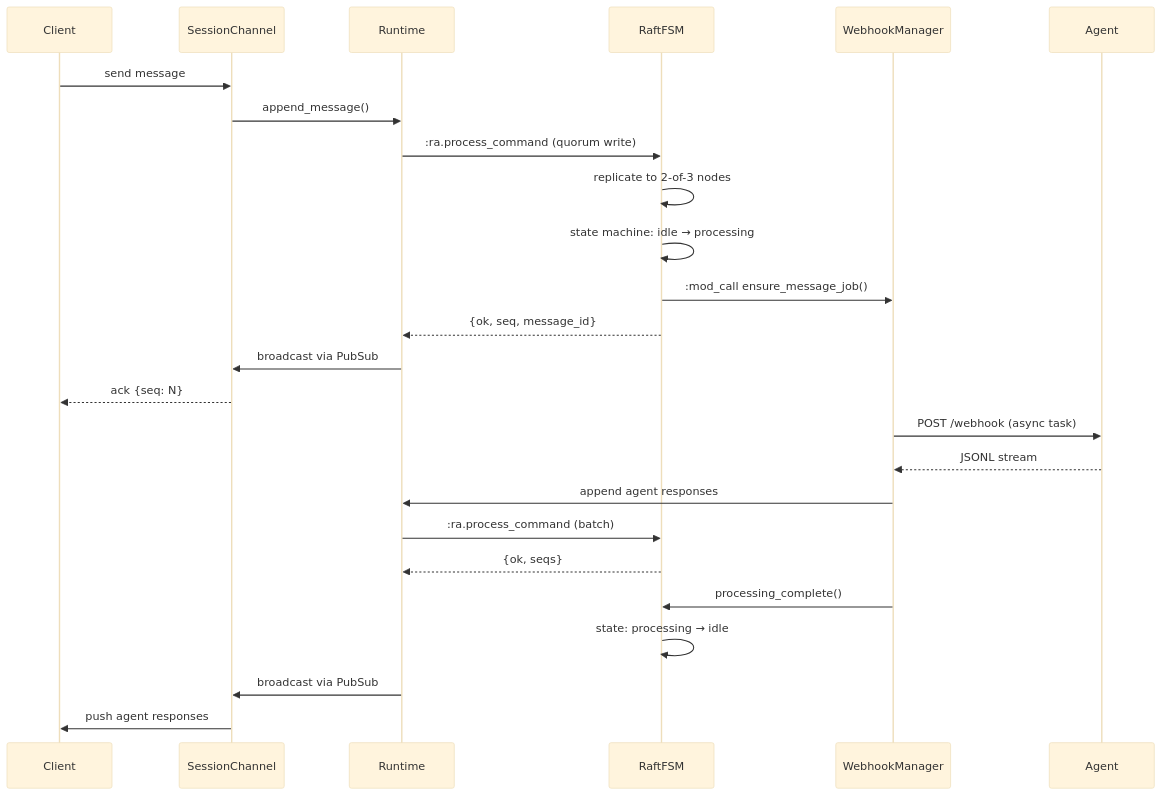
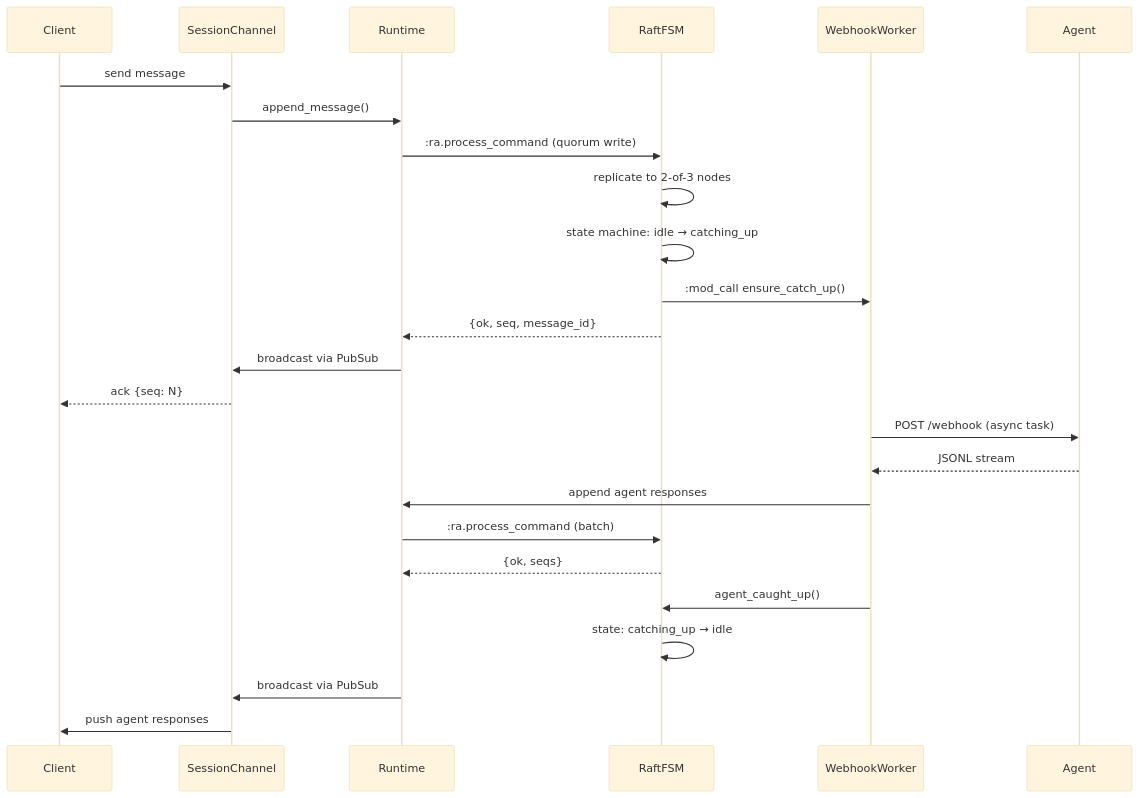
The diagram in docs/architecture.md (cpluss/fleetlm), drawn with Mermaid (base theme) before and after one commit. The commit also changed other lines of this file and 15 other files, not shown here.

````diff
--- a/docs/architecture.md
+++ b/docs/architecture.md
@@ -38,29 +38,29 @@
 ```mermaid
 sequenceDiagram
     participant Client
     participant SessionChannel
     participant Runtime
     participant RaftFSM
-    participant WebhookManager
+    participant WebhookWorker
     participant Agent
 
     Client->>SessionChannel: send message
     SessionChannel->>Runtime: append_message()
     Runtime->>RaftFSM: :ra.process_command (quorum write)
     RaftFSM->>RaftFSM: replicate to 2-of-3 nodes
-    RaftFSM->>RaftFSM: state machine: idle → processing
-    RaftFSM->>WebhookManager: :mod_call ensure_message_job()
+    RaftFSM->>RaftFSM: state machine: idle → catching_up
+    RaftFSM->>WebhookWorker: :mod_call ensure_catch_up()
     RaftFSM-->>Runtime: {ok, seq, message_id}
     Runtime->>SessionChannel: broadcast via PubSub
     SessionChannel-->>Client: ack {seq: N}
 
-    WebhookManager->>Agent: POST /webhook (async task)
-    Agent-->>WebhookManager: JSONL stream
-    WebhookManager->>Runtime: append agent responses
+    WebhookWorker->>Agent: POST /webhook (async task)
+    Agent-->>WebhookWorker: JSONL stream
+    WebhookWorker->>Runtime: append agent responses
     Runtime->>RaftFSM: :ra.process_command (batch)
     RaftFSM-->>Runtime: {ok, seqs}
-    WebhookManager->>RaftFSM: processing_complete()
-    RaftFSM->>RaftFSM: state: processing → idle
+    WebhookWorker->>RaftFSM: agent_caught_up()
+    RaftFSM->>RaftFSM: state: catching_up → idle
     Runtime->>SessionChannel: broadcast via PubSub
     SessionChannel->>Client: push agent responses
 ```
````
